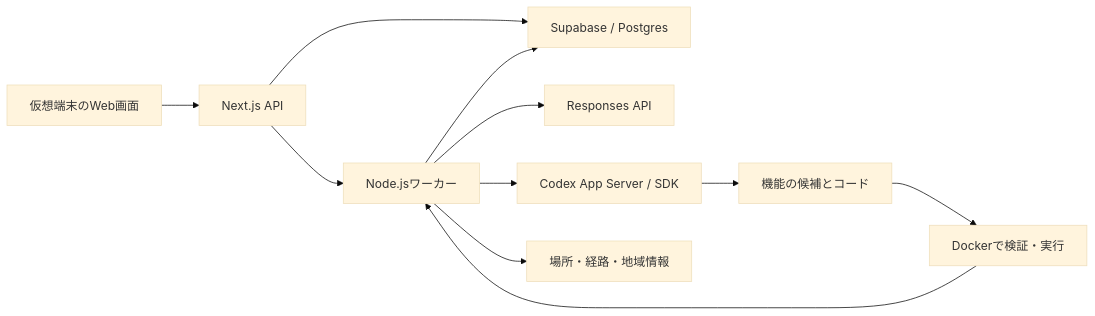
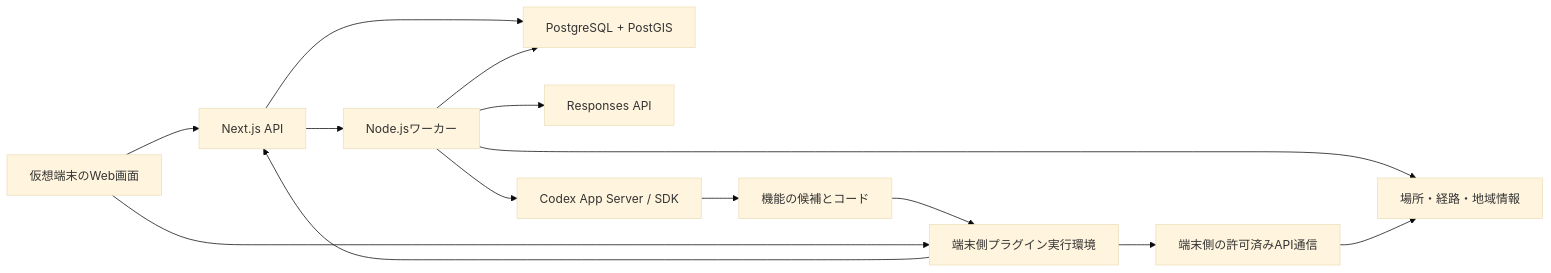
One commit to rozwer/OpenAICompetition changed the diagram in docs/spec/implementation.md. Above: the diagram before and after it, drawn with Mermaid (base theme). The commit also changed other lines of this file and 840 other files, not shown here.

````diff
--- a/docs/spec/implementation.md
+++ b/docs/spec/implementation.md
@@ -68,13 +86,16 @@
 ```mermaid
 flowchart LR
   UI[仮想端末のWeb画面] --> API[Next.js API]
-  API --> DB[Supabase / Postgres]
+  API --> DB[PostgreSQL + PostGIS]
   API --> W[Node.jsワーカー]
   W --> GPT[Responses API]
   W --> CX[Codex App Server / SDK]
   W --> GEO[場所・経路・地域情報]
   CX --> ART[機能の候補とコード]
-  ART --> RUN[Dockerで検証・実行]
-  RUN --> W
+  ART --> RUN[端末側プラグイン実行環境]
+  UI --> RUN
+  RUN --> FETCH[端末側の許可済みAPI通信]
+  FETCH --> GEO
+  RUN --> API
   W --> DB
 ```
````
